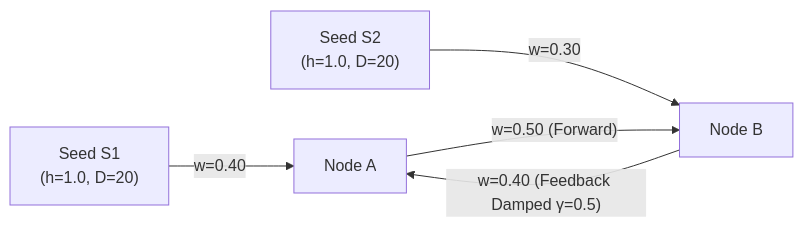
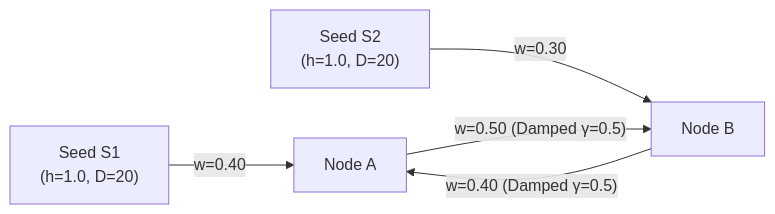
One commit to CamiloEmiliano/YarnBall changed diagram 15 of 18 in docs/decisions/ADR-00007-cascade-engine-adversarial-verification-.md. Above: the diagram before and after it, drawn with Mermaid. The commit also changed other lines of this file and 2 other files, not shown here.

````diff
--- a/docs/decisions/ADR-00007-cascade-engine-adversarial-verification-.md
+++ b/docs/decisions/ADR-00007-cascade-engine-adversarial-verification-.md
@@ -148,7 +364,7 @@
 ```mermaid
 flowchart LR
     S1["Seed S1<br/>(h=1.0, D=20)"] -- "w=0.40" --> A["Node A"]
     S2["Seed S2<br/>(h=1.0, D=20)"] -- "w=0.30" --> B["Node B"]
-    A -- "w=0.50 (Forward)" --> B
-    B -- "w=0.40 (Feedback Damped γ=0.5)" --> A
+    A -- "w=0.50 (Damped γ=0.5)" --> B
+    B -- "w=0.40 (Damped γ=0.5)" --> A
 ```
````
